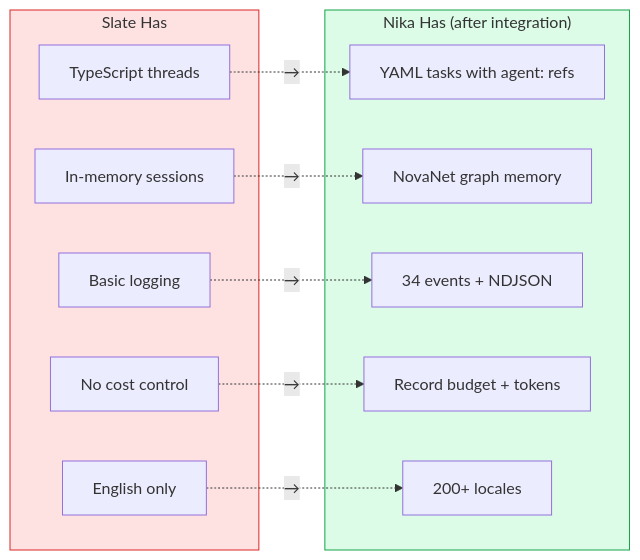
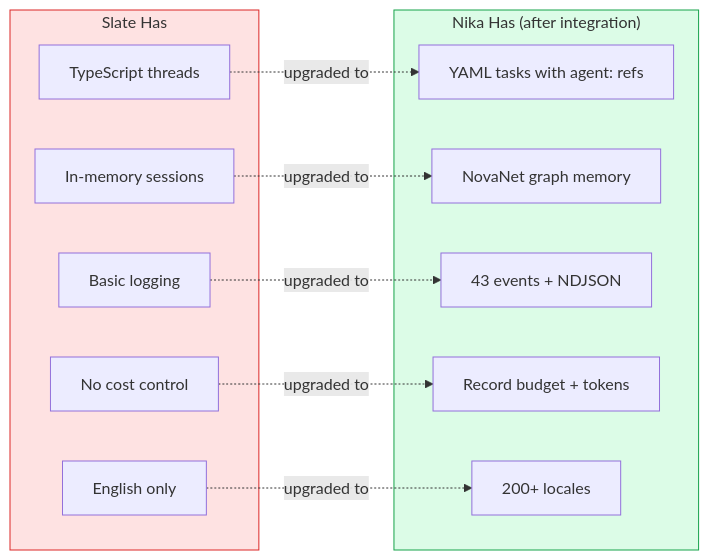
Diagram 13 of 15 in docs/vision/03-competitive-and-inspiration.md (supernovae-st/nika), drawn with Mermaid before and after one commit. The commit also changed other lines of this file and 5 other files, not shown here.

````diff
--- a/docs/vision/03-competitive-and-inspiration.md
+++ b/docs/vision/03-competitive-and-inspiration.md
@@ -653,27 +899,27 @@
 ```mermaid
 flowchart LR
     subgraph SLATE_HAS["Slate Has"]
         S1["TypeScript threads"]
         S2["In-memory sessions"]
         S3["Basic logging"]
         S4["No cost control"]
         S5["English only"]
     end
 
     subgraph NIKA_HAS["Nika Has (after integration)"]
         N1["YAML tasks with agent: refs"]
         N2["NovaNet graph memory"]
-        N3["34 events + NDJSON"]
+        N3["43 events + NDJSON"]
         N4["Record budget + tokens"]
         N5["200+ locales"]
     end
 
-    S1 -.->|"→"| N1
-    S2 -.->|"→"| N2
-    S3 -.->|"→"| N3
-    S4 -.->|"→"| N4
-    S5 -.->|"→"| N5
+    S1 -.->|"upgraded to"| N1
+    S2 -.->|"upgraded to"| N2
+    S3 -.->|"upgraded to"| N3
+    S4 -.->|"upgraded to"| N4
+    S5 -.->|"upgraded to"| N5
 
     style SLATE_HAS fill:#fee2e2,stroke:#dc2626
     style NIKA_HAS fill:#dcfce7,stroke:#16a34a
 ```
````
